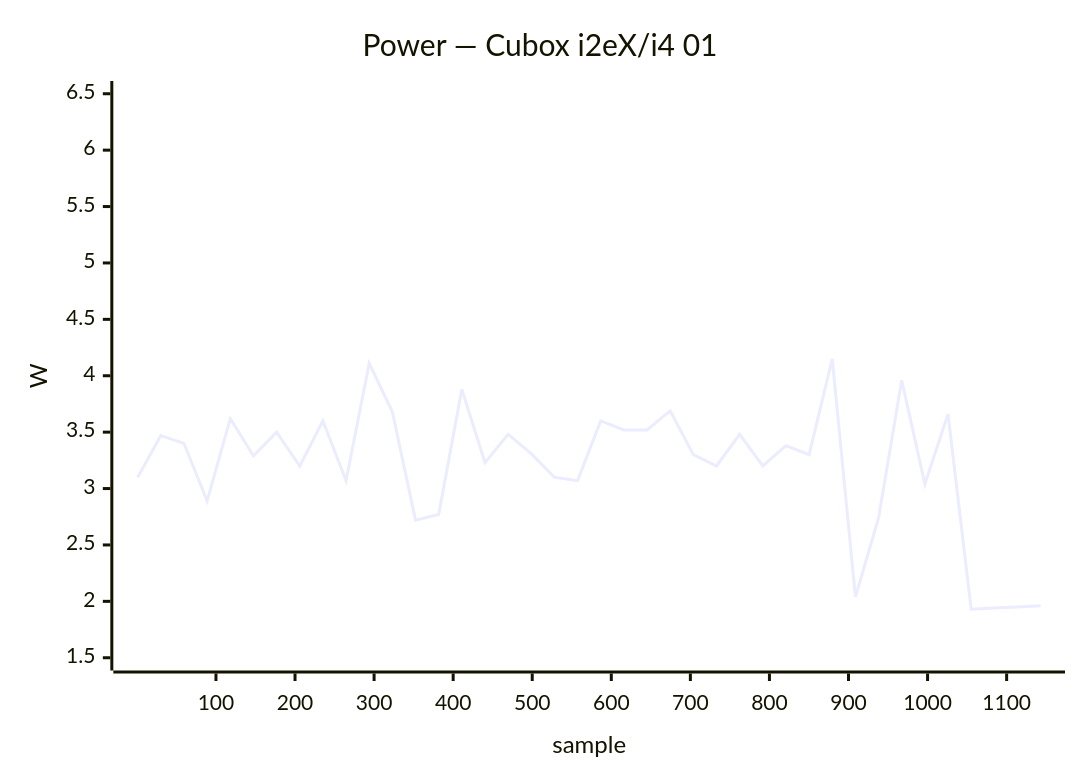
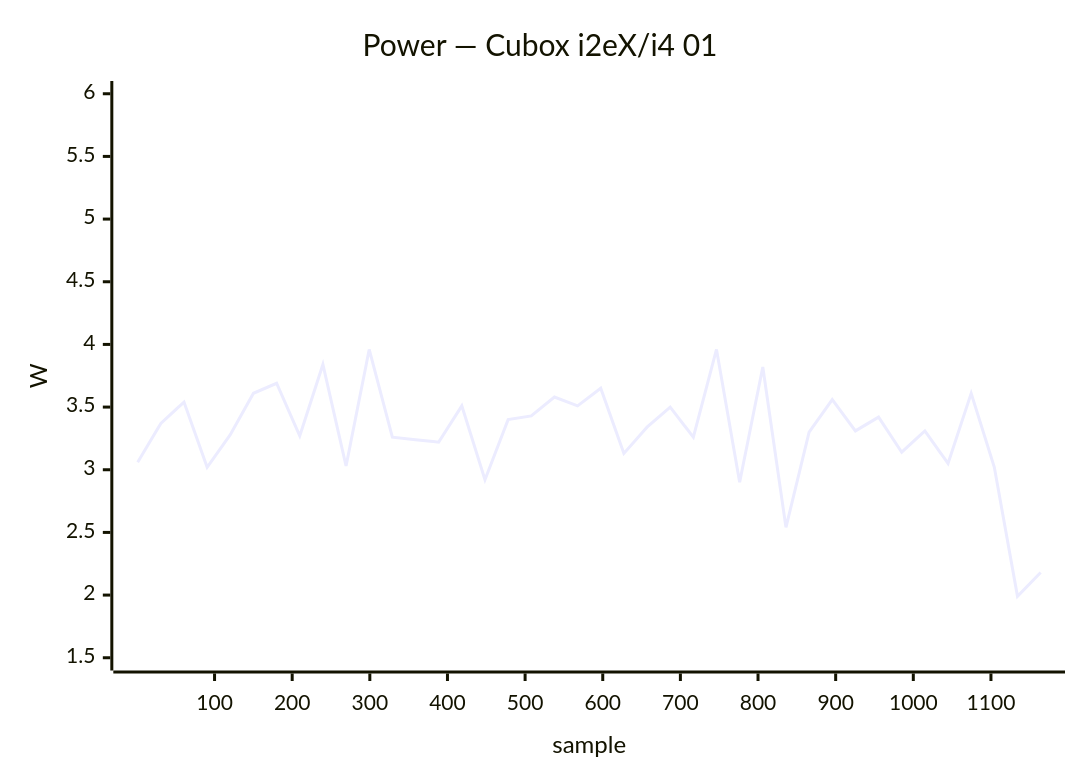
Before and after one commit to armbian/documentation: the second of 35 diagrams in docs/status/board-tests.md, drawn with Mermaid. The commit also changed other lines of this file, not shown here.

````diff
--- a/docs/status/board-tests.md
+++ b/docs/status/board-tests.md
@@ -68,7 +147,7 @@
 ```mermaid
 xychart-beta
     title "Power — Cubox i2eX/i4 01"
-    x-axis "sample" 1 --> 1143
-    y-axis "W" 1.5 --> 6.5
-    line [3.10, 3.47, 3.40, 2.89, 3.62, 3.29, 3.50, 3.20, 3.60, 3.07, 4.11, 3.68, 2.72, 2.77, 3.88, 3.23, 3.48, 3.31, 3.10, 3.07, 3.60, 3.52, 3.52, 3.69, 3.30, 3.20, 3.48, 3.20, 3.38, 3.30, 4.15, 2.04, 2.74, 3.96, 3.04, 3.66, 1.93, 1.94, 1.95, 1.96]
+    x-axis "sample" 1 --> 1164
+    y-axis "W" 1.5 --> 6.0
+    line [3.06, 3.37, 3.54, 3.02, 3.28, 3.61, 3.69, 3.27, 3.84, 3.03, 3.96, 3.26, 3.24, 3.22, 3.51, 2.92, 3.40, 3.43, 3.58, 3.51, 3.65, 3.13, 3.34, 3.50, 3.26, 3.96, 2.90, 3.82, 2.54, 3.30, 3.56, 3.31, 3.42, 3.14, 3.31, 3.05, 3.61, 3.02, 1.99, 2.18]
 ```
````
